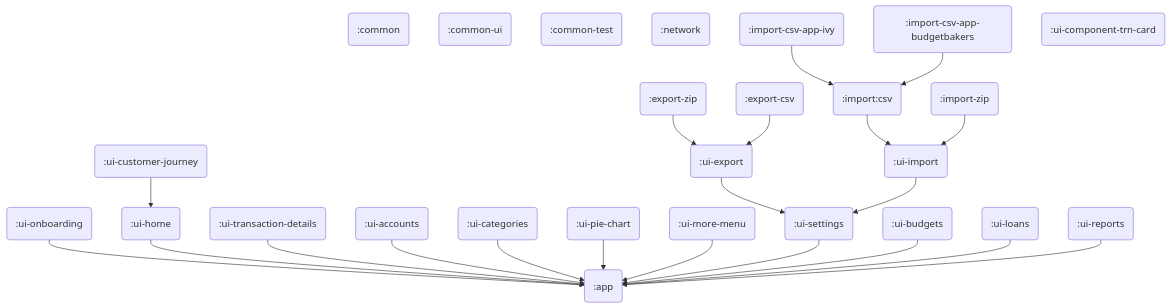
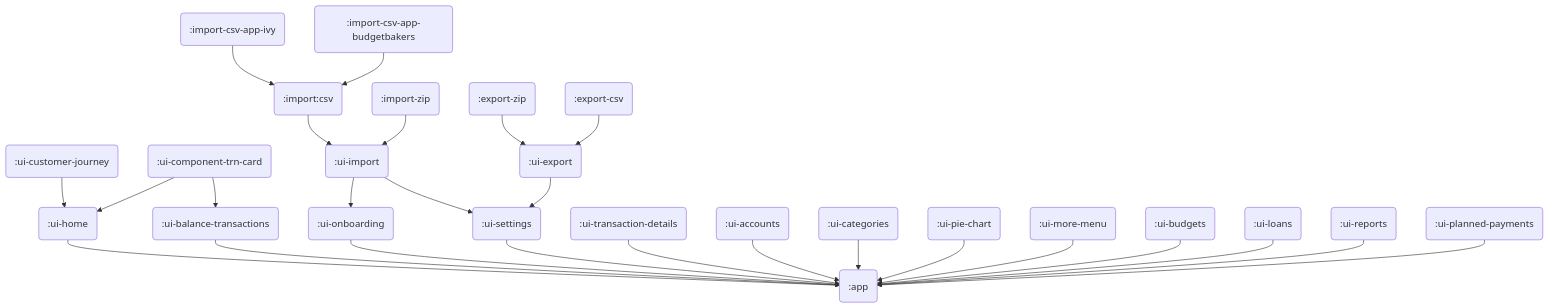
The diagram in docs/modularization.md (Ivy-Apps/ivy-wallet), drawn with Mermaid before and after one commit.

````diff
--- a/docs/modularization.md
+++ b/docs/modularization.md
@@ -14,67 +14,70 @@
 ```mermaid
 graph TD;
 app(:app)
 
-common(:common)
-common-ui(:common-ui)
-common-test(:common-test)
-
-network(:network)
 
 export-csv(:export-csv)
 export-zip(:export-zip)
 import-csv(:import:csv)
 import-zip(:import-zip)
 
 import-csv-app-ivy(:import-csv-app-ivy)
 import-csv-app-budgetbakers(:import-csv-app-budgetbakers)
 
 ui-component-trn-card(:ui-component-trn-card)
-
 
 ui-import(:ui-import)
 ui-export(:ui-export)
 
 ui-reports(:ui-reports)
 ui-transaction-details(:ui-transaction-details)
 ui-home(:ui-home)
 ui-pie-chart(:ui-pie-chart)
 ui-categories(:ui-categories)
 ui-accounts(:ui-accounts)
 ui-budgets(:ui-budgets)
 ui-loans(:ui-loans)
 ui-more-menu(:ui-more-menu)
 ui-settings(:ui-settings)
 ui-onboarding(:ui-onboarding)
 ui-customer-journey(:ui-customer-journey)
+ui-planned-payments(:ui-planned-payments)
+
+ui-balance-transactions(:ui-balance-transactions)
+
+ui-home --> app
+ui-balance-transactions --> app
 
 ui-onboarding --> app
-ui-home --> app
+ui-settings --> app
+
 ui-transaction-details --> app
 ui-accounts --> app
 ui-categories --> app
 ui-pie-chart --> app
 ui-more-menu --> app
-ui-settings --> app
 ui-budgets --> app
 ui-loans --> app
 ui-reports --> app
+ui-planned-payments --> app
 
 
 ui-customer-journey --> ui-home
+
+ui-component-trn-card --> ui-home
+ui-component-trn-card --> ui-balance-transactions
 
 import-csv-app-ivy --> import-csv
 import-csv-app-budgetbakers --> import-csv
 import-csv --> ui-import
 import-zip --> ui-import
 
 export-zip --> ui-export
 export-csv --> ui-export
 
+ui-import --> ui-settings
+ui-import --> ui-onboarding
 ui-export --> ui-settings
-ui-import --> ui-settings
-
-
 
 
 ```
````
